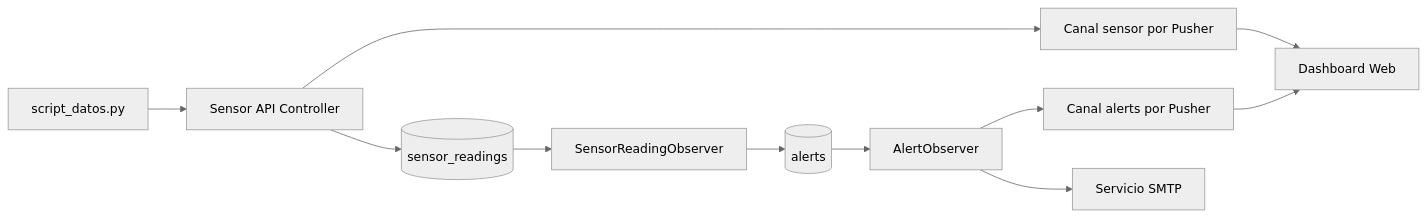
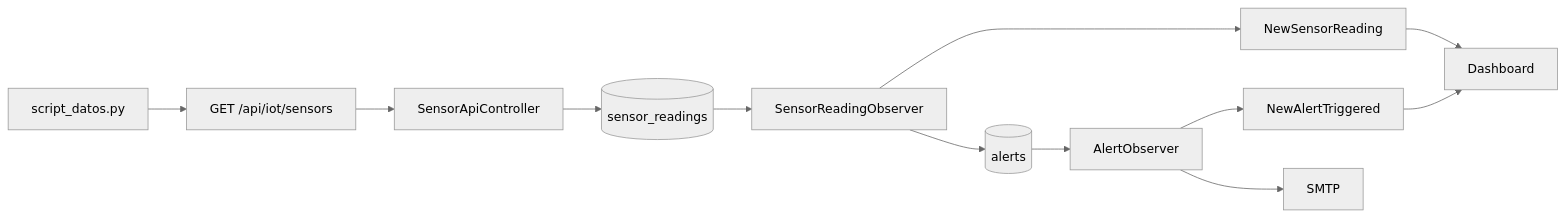
The first of 4 diagrams in README.md (yojr23/iot-platform-v2), drawn with Mermaid (neutral theme) before and after one commit. The commit also changed other lines of this file and 42 other files, not shown here.

````diff
--- a/README.md
+++ b/README.md
@@ -43,24 +72,14 @@
 ```mermaid
 flowchart LR
-    SIM[script_datos.py]
-    API[Sensor API Controller]
-    DBR[(sensor_readings)]
-    OBR[SensorReadingObserver]
-    ALE[(alerts)]
-    OBA[AlertObserver]
-    BRS[Canal sensor por Pusher]
-    BRA[Canal alerts por Pusher]
-    UI[Dashboard Web]
-    MAIL[Servicio SMTP]
-
-    SIM --> API
-    API --> DBR
-    DBR --> OBR
-    OBR --> ALE
-    ALE --> OBA
-    API --> BRS
-    OBA --> BRA
-    BRS --> UI
-    BRA --> UI
-    OBA --> MAIL
+    Sim["script_datos.py"] --> Lst["GET /api/iot/sensors"]
+    Lst --> Api["SensorApiController"]
+    Api --> Db[(sensor_readings)]
+    Db --> Obs["SensorReadingObserver"]
+    Obs --> Al[(alerts)]
+    Al --> AObs["AlertObserver"]
+    Obs --> Ev1["NewSensorReading"]
+    AObs --> Ev2["NewAlertTriggered"]
+    Ev1 --> Ui["Dashboard"]
+    Ev2 --> Ui
+    AObs --> Mail["SMTP"]
 ```
````
